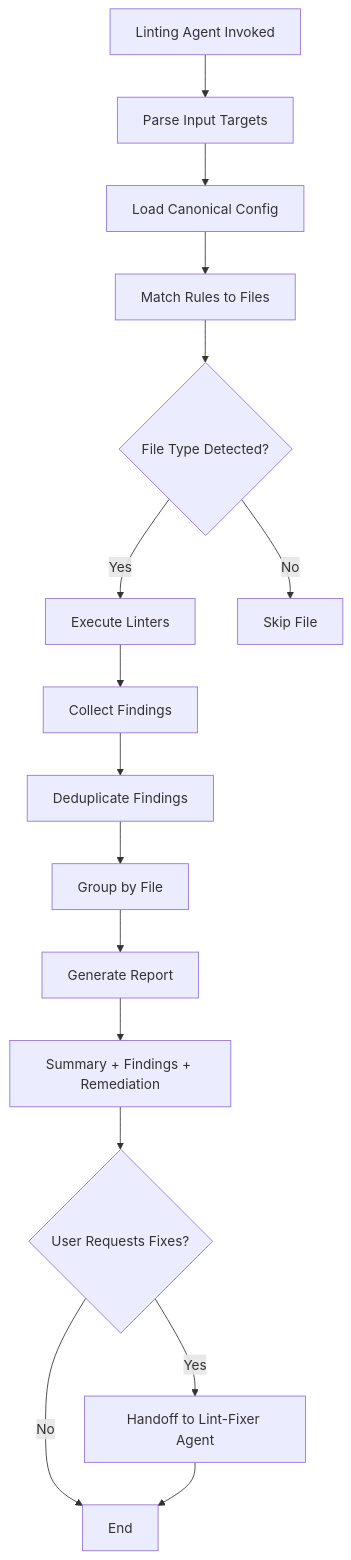
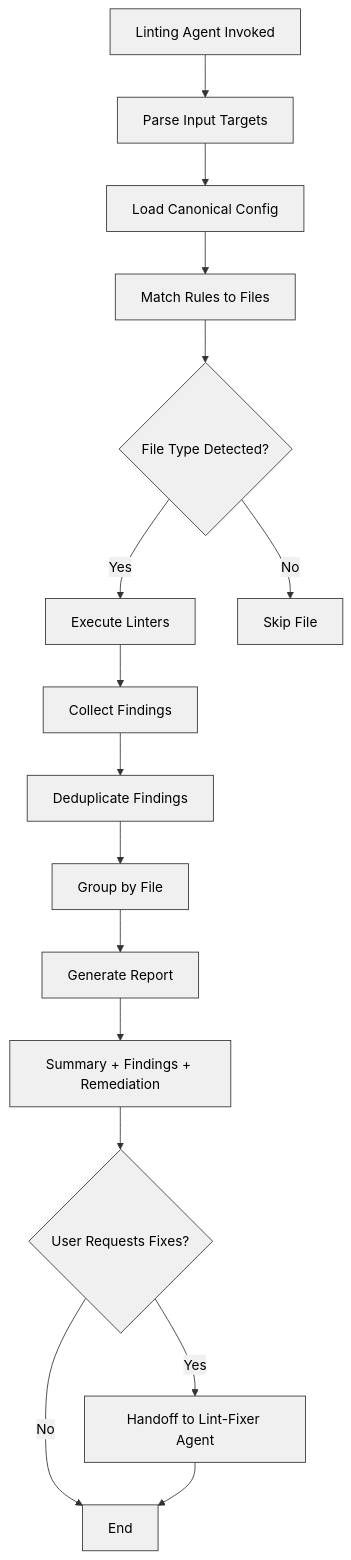
One commit to lightspeedwp/.github changed the first of 3 diagrams in .github/projects/active/linting-agent-2026-08-12/SPECIFICATION.md. Above: the diagram before and after it, drawn with Mermaid. The commit also changed other lines of this file and 1 other file, not shown here.

Commit message:
fix: Address CI validation checks
- Add Related Issues section to project README.md (fixes project linking validation)
- Update Mermaid diagrams with explicit WCAG color contrast styling
- Update PR description with proper template (linked issues, changelog, DoD checklist)

Addresses feedback from:
- Project Linking Validation (missing Related Issues)
- Mermaid Diagram Validation (color contrast)
- PR Template Enforcement (required sections)

````diff
--- a/.github/projects/active/linting-agent-2026-08-12/SPECIFICATION.md
+++ b/.github/projects/active/linting-agent-2026-08-12/SPECIFICATION.md
@@ -59,18 +59,19 @@
 ```mermaid
+%%{init: {'flowchart': {'htmlLabels': true}, 'theme': 'base', 'themeVariables': { 'primaryColor':'#f0f0f0', 'primaryTextColor':'#000000', 'primaryBorderColor':'#333333', 'lineColor':'#333333', 'secondBkgColor':'#f0f0f0', 'secondTextColor':'#000000', 'tertiaryColor':'#ffffff', 'tertiaryTextColor':'#000000', 'tertiaryBorderColor':'#333333'}}}%%
 graph TD
     A[Linting Agent Invoked] --> B[Parse Input Targets]
     B --> C[Load Canonical Config]
     C --> D[Match Rules to Files]
     D --> E{File Type Detected?}
     E -->|Yes| F[Execute Linters]
     E -->|No| G[Skip File]
     F --> H[Collect Findings]
     H --> I[Deduplicate Findings]
     I --> J[Group by File]
     J --> K[Generate Report]
     K --> L[Summary + Findings + Remediation]
     L --> M{User Requests Fixes?}
     M -->|Yes| N[Handoff to Lint-Fixer Agent]
     M -->|No| O[End]
     N --> O
 ```
````
